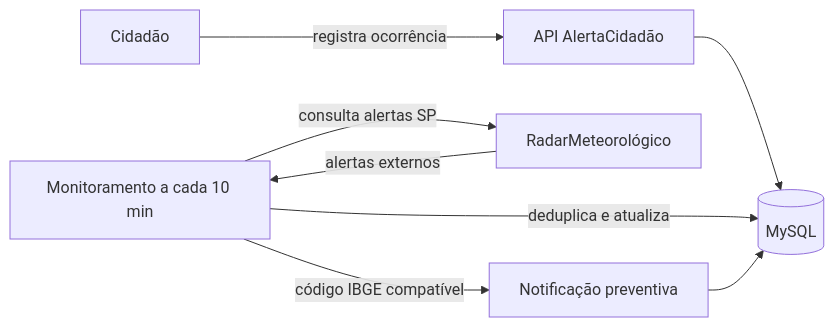
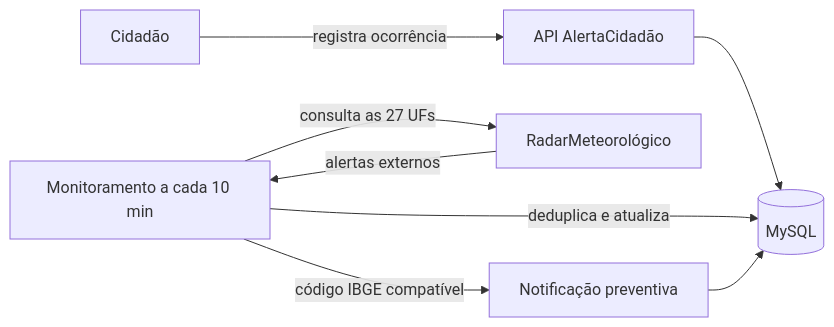
Before and after one commit to Mateus07777/AlertaCidadao_GS: the diagram in README.md, drawn with Mermaid. The commit also changed other lines of this file and 17 other files, not shown here.

````diff
--- a/README.md
+++ b/README.md
@@ -39,10 +39,10 @@
 ```mermaid
 flowchart LR
     C["Cidadão"] -->|"registra ocorrência"| API["API AlertaCidadão"]
     API --> DB[("MySQL")]
-    JOB["Monitoramento a cada 10 min"] -->|"consulta alertas SP"| RADAR["RadarMeteorológico"]
+    JOB["Monitoramento a cada 10 min"] -->|"consulta as 27 UFs"| RADAR["RadarMeteorológico"]
     RADAR -->|"alertas externos"| JOB
     JOB -->|"deduplica e atualiza"| DB
     JOB -->|"código IBGE compatível"| N["Notificação preventiva"]
     N --> DB
 ```
````
